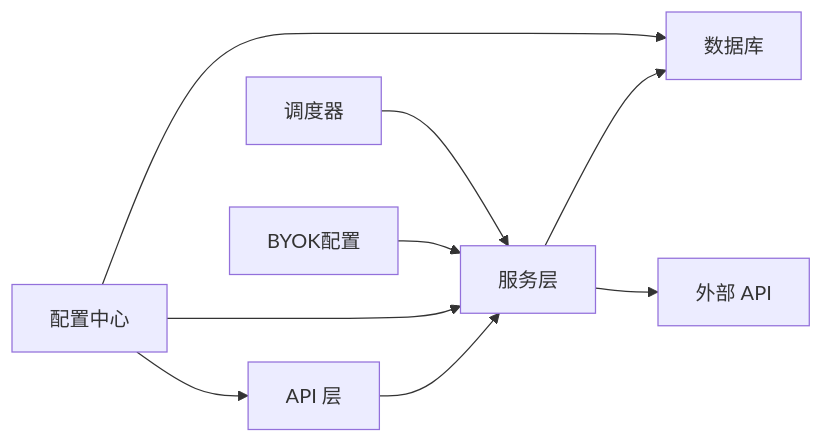
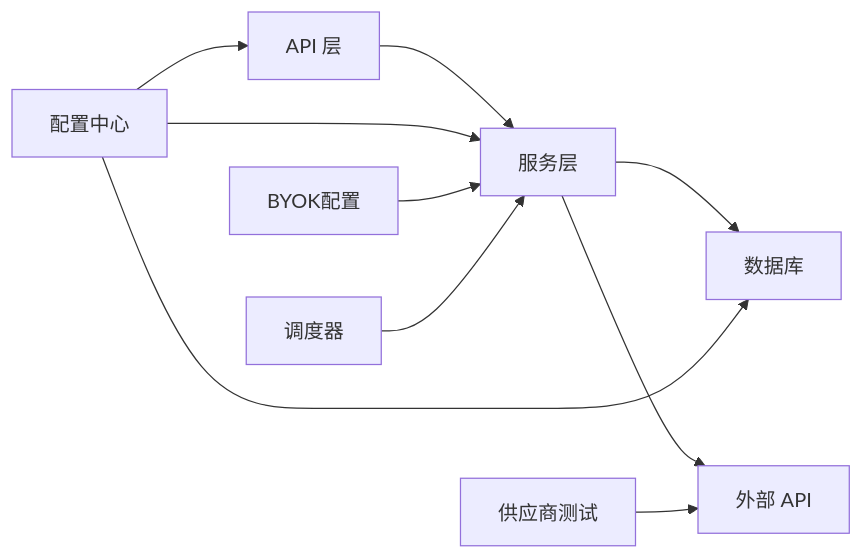
One commit to breeze-lyf/ai-stock-advisor changed the fifth of 5 diagrams in .qoder/repowiki/zh/content/测试策略/测试策略.md. Above: the diagram before and after it, drawn with Mermaid. The commit also changed other lines of this file and 11 other files, not shown here.

````diff
--- a/.qoder/repowiki/zh/content/测试策略/测试策略.md
+++ b/.qoder/repowiki/zh/content/测试策略/测试策略.md
@@ -377,11 +449,12 @@
 ```mermaid
 graph LR
 API["API 层"] --> SVC["服务层"]
 SVC --> DB["数据库"]
 SVC --> EXT["外部 API"]
 CFG["配置中心"] --> API
 CFG --> SVC
 CFG --> DB
 BYOK["BYOK配置"] --> SVC
 DISPATCH["调度器"] --> SVC
+PROVIDER["供应商测试"] --> EXT
 ```
````
